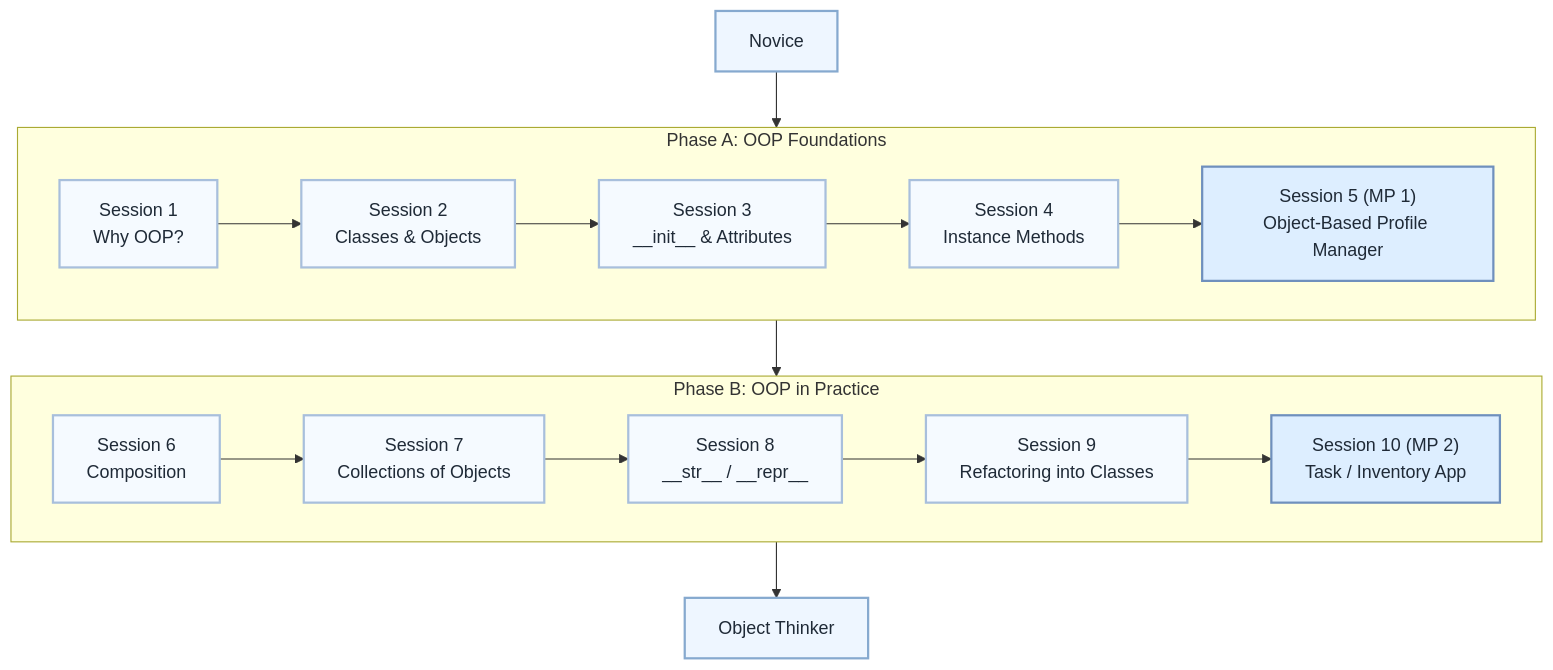
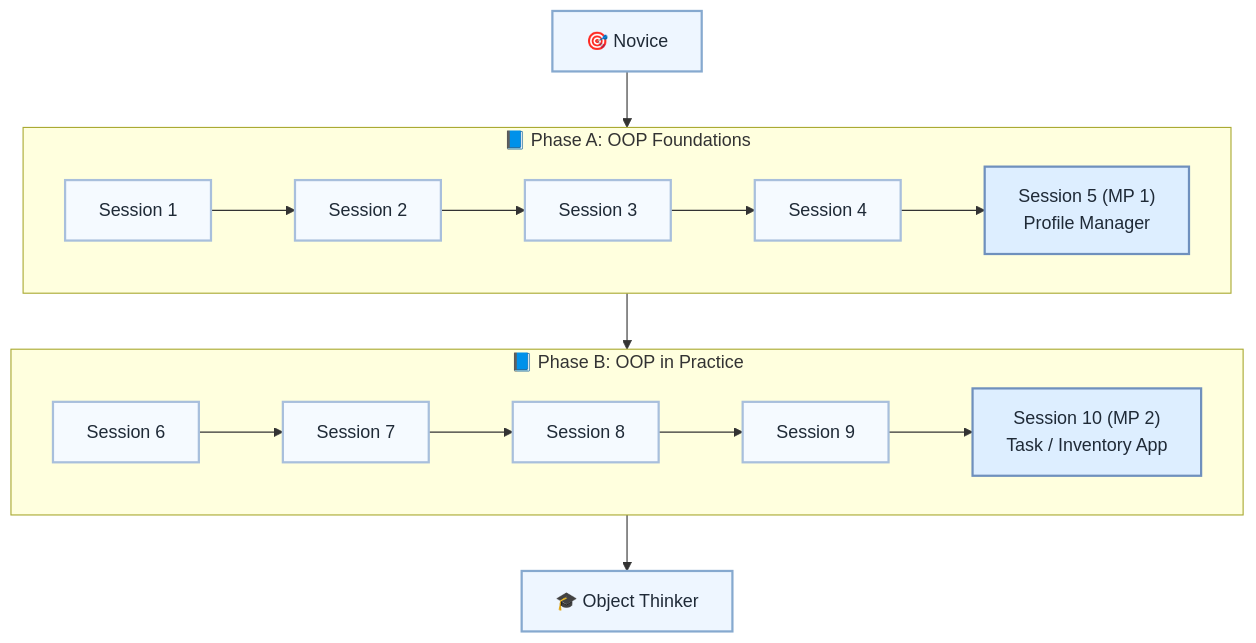
The diagram in docs/sessions/L3/_Plan.md (Swamy-s-Tech-Skills-Academy/python-fundamentals), drawn with Mermaid before and after one commit. The commit also changed other lines of this file and 121 other files, not shown here.

````diff
--- a/docs/sessions/L3/_Plan.md
+++ b/docs/sessions/L3/_Plan.md
@@ -127,32 +155,32 @@
 ```mermaid
 flowchart TB
-  A["Novice"] --> PhaseA
-    PhaseA --> PhaseB
-  PhaseB --> K["Object Thinker"]
+  A["🎯 Novice"] --> PhaseA
+  PhaseA --> PhaseB
+  PhaseB --> K["🎓 Object Thinker"]
 
-  subgraph PhaseA["Phase A: OOP Foundations"]
-    B1["Session 1<br>Why OOP?"]
-    B2["Session 2<br>Classes & Objects"]
-    B3["Session 3<br>__init__ & Attributes"]
-    B4["Session 4<br>Instance Methods"]
-    B5["Session 5 (MP 1)<br>Object-Based Profile Manager"]
-        B1 --> B2 --> B3 --> B4 --> B5
-    end
+  subgraph PhaseA["📘 Phase A: OOP Foundations"]
+    B1["Session 1"]
+    B2["Session 2"]
+    B3["Session 3"]
+    B4["Session 4"]
+    B5["Session 5 (MP 1)<br>Profile Manager"]
+    B1 --> B2 --> B3 --> B4 --> B5
+  end
 
-  subgraph PhaseB["Phase B: OOP in Practice"]
-    C1["Session 6<br>Composition"]
-    C2["Session 7<br>Collections of Objects"]
-    C3["Session 8<br>__str__ / __repr__"]
-    C4["Session 9<br>Refactoring into Classes"]
+  subgraph PhaseB["📘 Phase B: OOP in Practice"]
+    C1["Session 6"]
+    C2["Session 7"]
+    C3["Session 8"]
+    C4["Session 9"]
     C5["Session 10 (MP 2)<br>Task / Inventory App"]
-        C1 --> C2 --> C3 --> C4 --> C5
-    end
+    C1 --> C2 --> C3 --> C4 --> C5
+  end
 
   classDef startEnd fill:#eef6ff,stroke:#86a9cf,stroke-width:2px,color:#1f2a37
   classDef session fill:#f5faff,stroke:#a8bfdc,stroke-width:2px,color:#1f2a37
   classDef project fill:#ddeeff,stroke:#6f90bd,stroke-width:2px,color:#1f2a37
 
   class A,K startEnd
   class B1,B2,B3,B4,C1,C2,C3,C4 session
   class B5,C5 project
 ```
````
